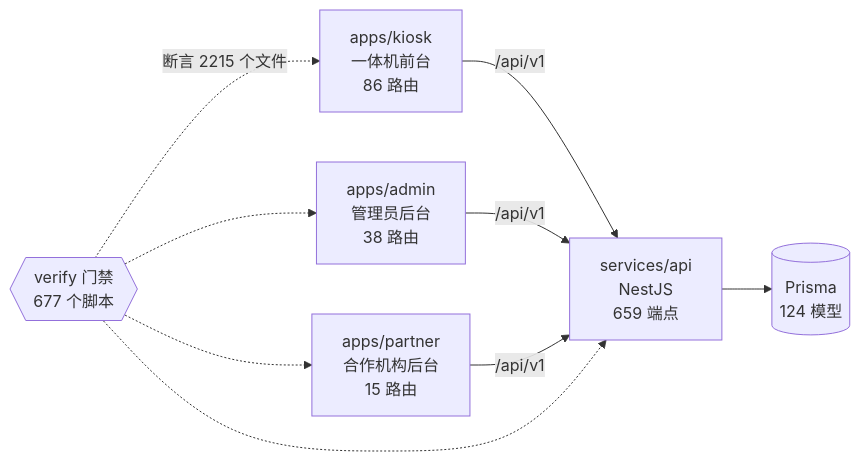
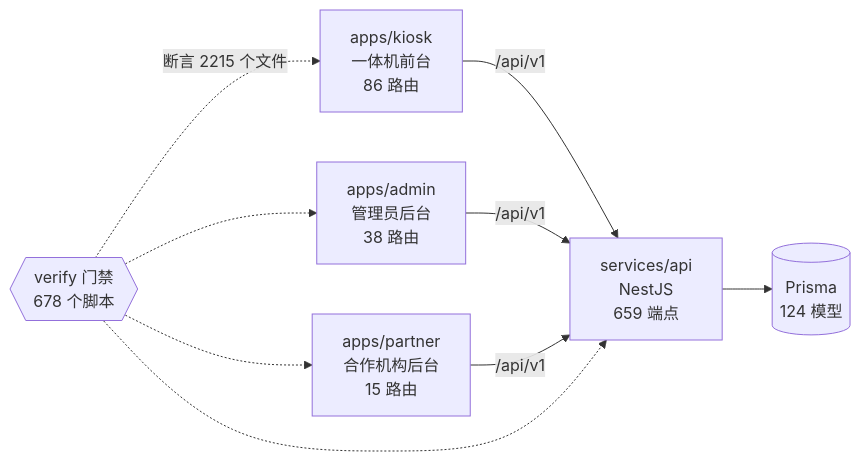
One commit to wanglei581/YITIJI changed the diagram in docs/graph/README.md. Above: the diagram before and after it, drawn with Mermaid. The commit also changed other lines of this file and 2 other files, not shown here.

First line of the commit message:
图谱计入运营单位证照类型门禁

````diff
--- a/docs/graph/README.md
+++ b/docs/graph/README.md
@@ -68,18 +68,18 @@
 ```mermaid
 flowchart LR
   kiosk["apps/kiosk<br/>一体机前台<br/>86 路由"]
   admin["apps/admin<br/>管理员后台<br/>38 路由"]
   partner["apps/partner<br/>合作机构后台<br/>15 路由"]
   api["services/api<br/>NestJS<br/>659 端点"]
   db[("Prisma<br/>124 模型")]
-  gates{{"verify 门禁<br/>677 个脚本"}}
+  gates{{"verify 门禁<br/>678 个脚本"}}
 
   kiosk -->|"/api/v1"| api
   admin -->|"/api/v1"| api
   partner -->|"/api/v1"| api
   api --> db
   gates -.->|"断言 2215 个文件"| kiosk
   gates -.-> admin
   gates -.-> partner
   gates -.-> api
 ```
````
